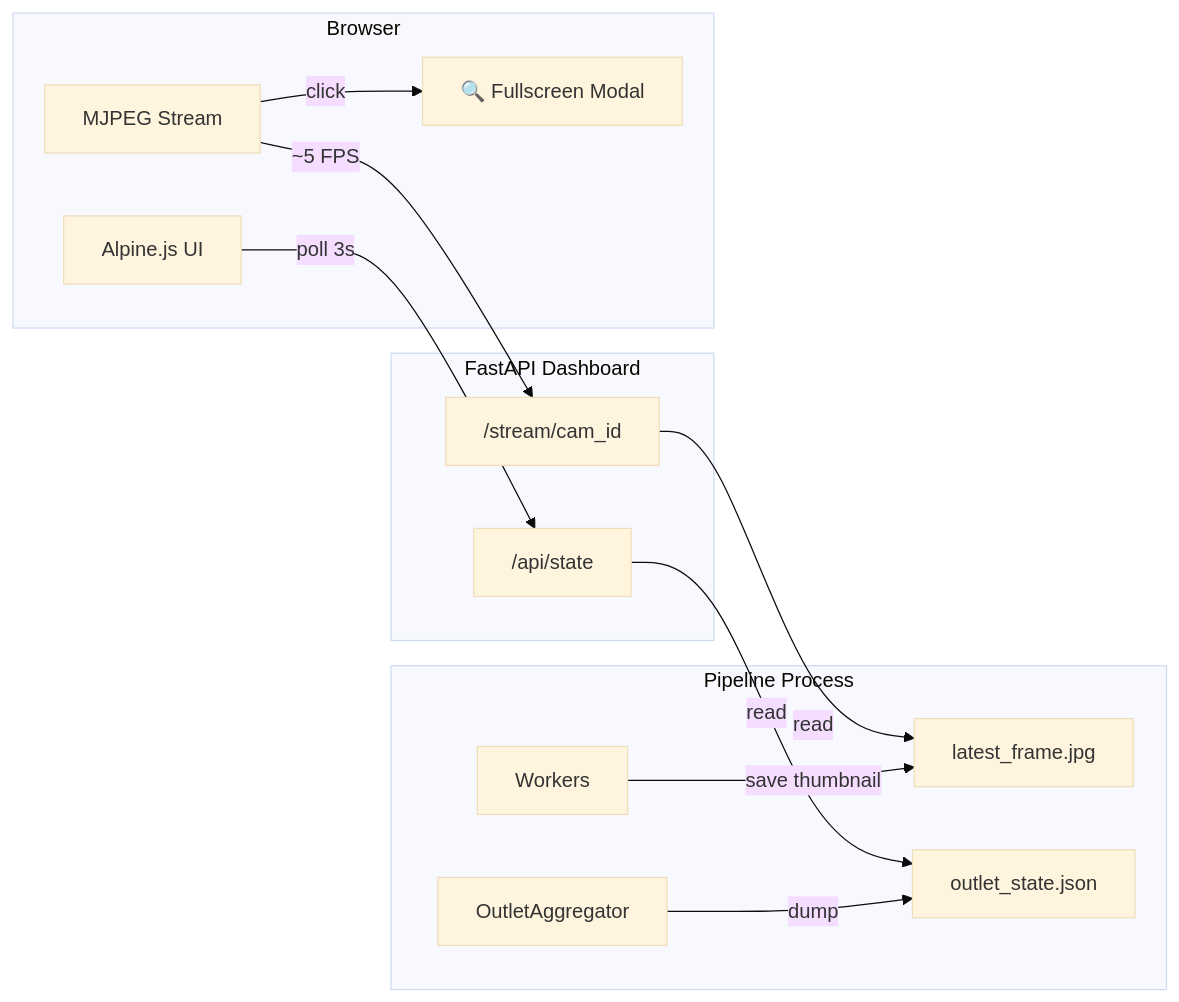
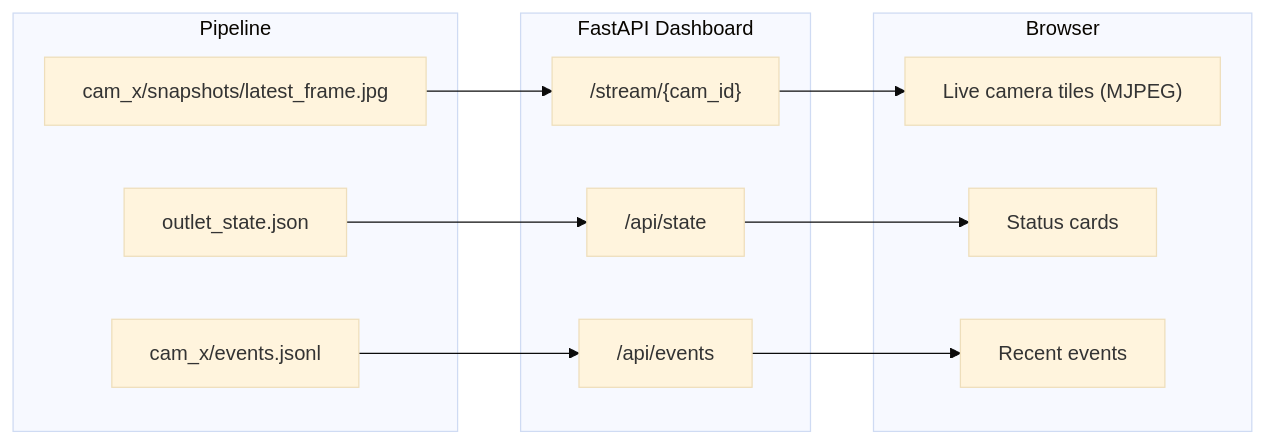
Before and after one commit to Nanaacaw/face_recognition-: the second of 2 diagrams in docs/05-system-flow.md, drawn with Mermaid (base theme). The commit also changed other lines of this file, not shown here.

Commit message:
refactor: update system flow documentation for clarity and structure

````diff
--- a/docs/05-system-flow.md
+++ b/docs/05-system-flow.md
@@ -175,18 +99,24 @@
 ```mermaid
 flowchart LR
-    subgraph pipeline["Pipeline Process"]
-        Workers --> |save thumbnail| JPG[latest_frame.jpg]
-        AGG2[OutletAggregator] --> |dump| JSON[outlet_state.json]
+    subgraph pipe["Pipeline"]
+        J1["cam_x/snapshots/latest_frame.jpg"]
+        J2["outlet_state.json"]
+        J3["cam_x/events.jsonl"]
     end
 
-    subgraph dashboard["FastAPI Dashboard"]
-        API["/api/state"] -->|read| JSON
-        MJPEG["/stream/cam_id"] -->|read| JPG
+    subgraph api["FastAPI Dashboard"]
+        A1["/stream/{cam_id}"]
+        A2["/api/state"]
+        A3["/api/events"]
     end
 
     subgraph browser["Browser"]
-        UI[Alpine.js UI] -->|poll 3s| API
-        IMG[MJPEG Stream] -->|~5 FPS| MJPEG
-        IMG -->|click| Modal[🔍 Fullscreen Modal]
+        B1["Live camera tiles (MJPEG)"]
+        B2["Status cards"]
+        B3["Recent events"]
     end
+
+    J1 --> A1 --> B1
+    J2 --> A2 --> B2
+    J3 --> A3 --> B3
 ```
````
